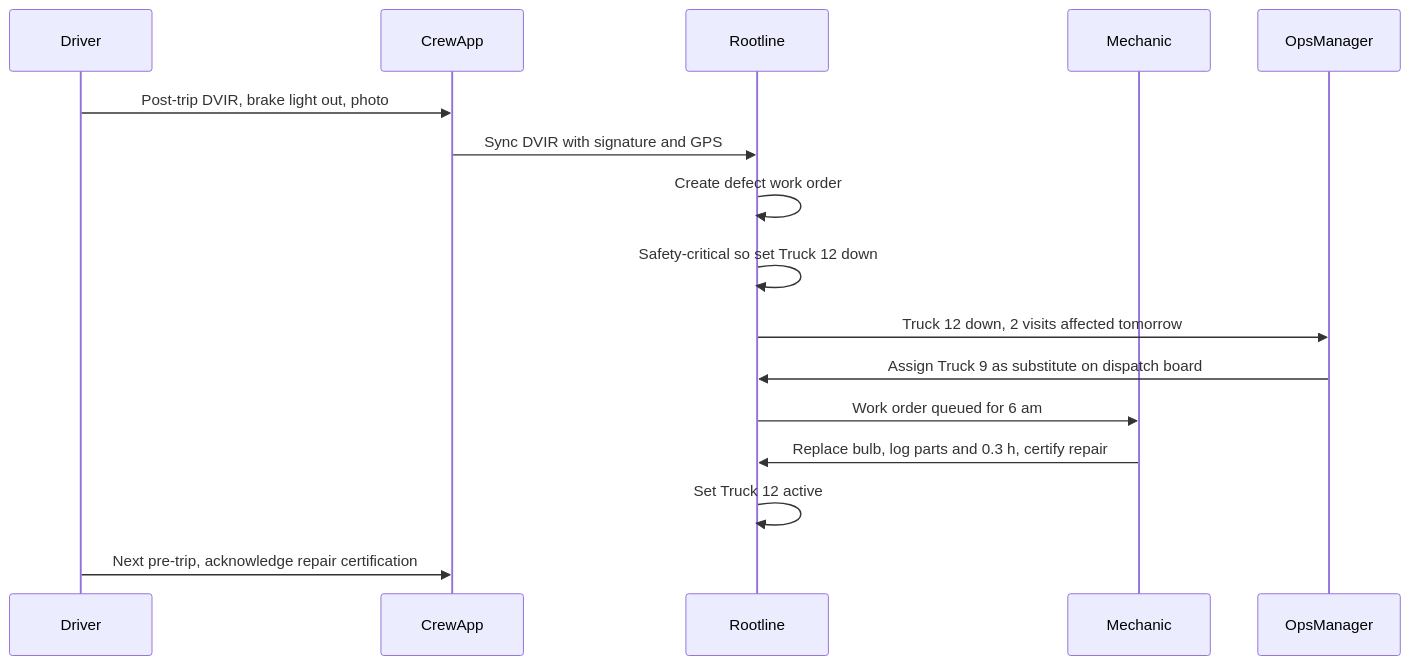
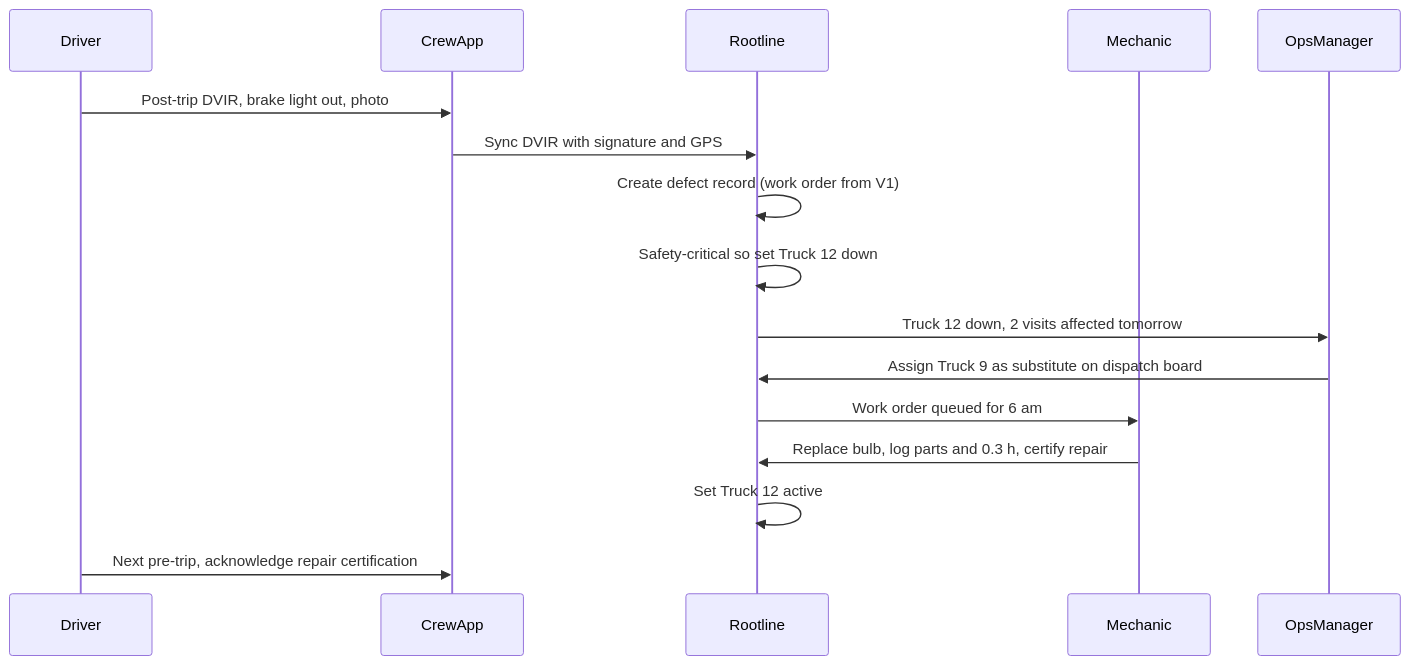
Before and after one commit to jdinard/landscape: the sixth of 14 diagrams in docs/13-operations-inventory-equipment.md, drawn with Mermaid. The commit also changed other lines of this file and 6 other files, not shown here.

````diff
--- a/docs/13-operations-inventory-equipment.md
+++ b/docs/13-operations-inventory-equipment.md
@@ -1141,18 +1156,18 @@
 ```mermaid
 sequenceDiagram
     participant Driver
     participant App as CrewApp
     participant RL as Rootline
     participant Mech as Mechanic
     participant Ops as OpsManager
     Driver->>App: Post-trip DVIR, brake light out, photo
     App->>RL: Sync DVIR with signature and GPS
-    RL->>RL: Create defect work order
+    RL->>RL: Create defect record (work order from V1)
     RL->>RL: Safety-critical so set Truck 12 down
     RL->>Ops: Truck 12 down, 2 visits affected tomorrow
     Ops->>RL: Assign Truck 9 as substitute on dispatch board
     RL->>Mech: Work order queued for 6 am
     Mech->>RL: Replace bulb, log parts and 0.3 h, certify repair
     RL->>RL: Set Truck 12 active
     Driver->>App: Next pre-trip, acknowledge repair certification
 ```
````
